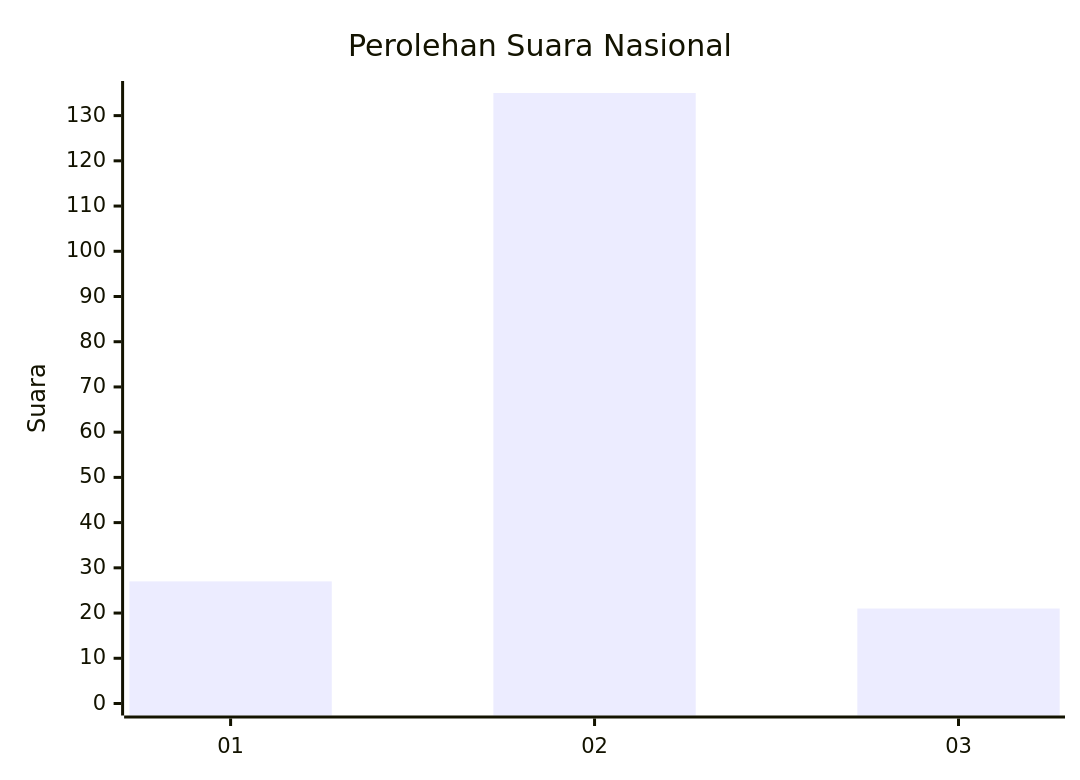
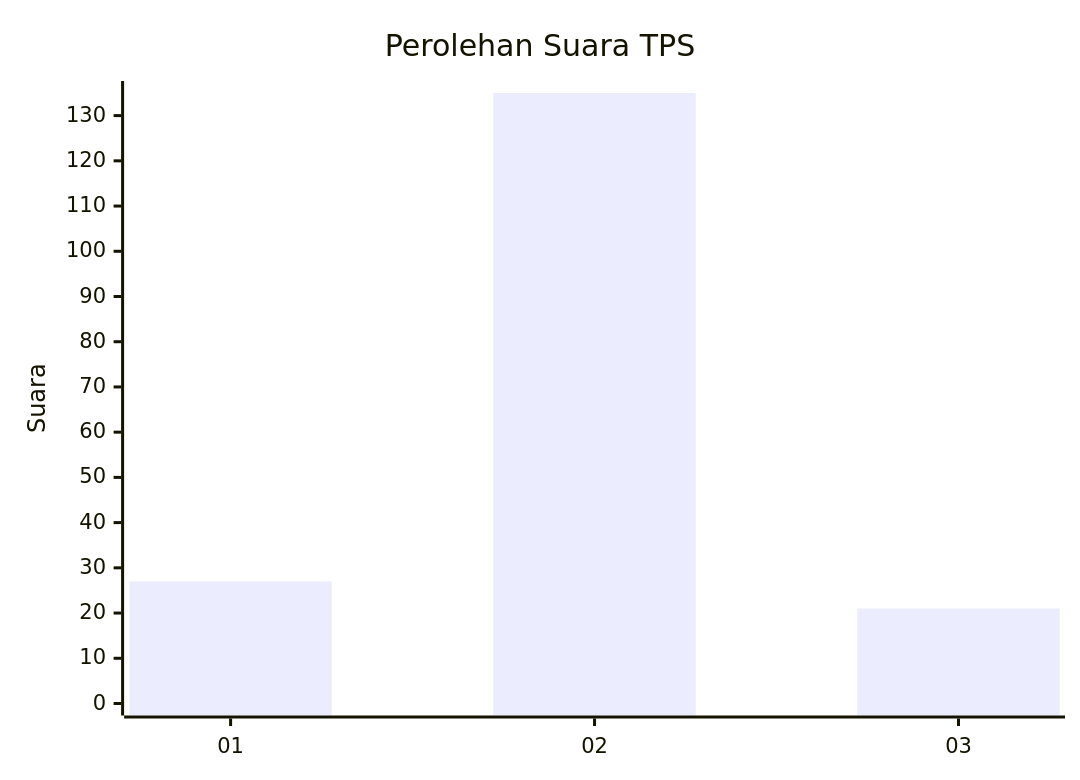
One commit to gigit-pemilu/pemilu-2024-96-papua-barat-daya changed the first of 2 diagrams in pilpres/hitung-suara/sub/96-papua-barat-daya/sub/71-kota-sorong/sub/08-klaurung/sub/1003-klasaman/sub/018-tps/README.md. Above: the diagram before and after it, drawn with Mermaid. The commit also changed other lines of this file and 611 other files, not shown here.

````diff
--- a/pilpres/hitung-suara/sub/96-papua-barat-daya/sub/71-kota-sorong/sub/08-klaurung/sub/1003-klasaman/sub/018-tps/README.md
+++ b/pilpres/hitung-suara/sub/96-papua-barat-daya/sub/71-kota-sorong/sub/08-klaurung/sub/1003-klasaman/sub/018-tps/README.md
@@ -5,7 +5,7 @@
 ```mermaid
 xychart-beta
-    title "Perolehan Suara Nasional"
+    title "Perolehan Suara TPS"
     x-axis [01, 02, 03]
     y-axis "Suara" 0 --> 135
     bar [27, 135, 21]
 ```
````
